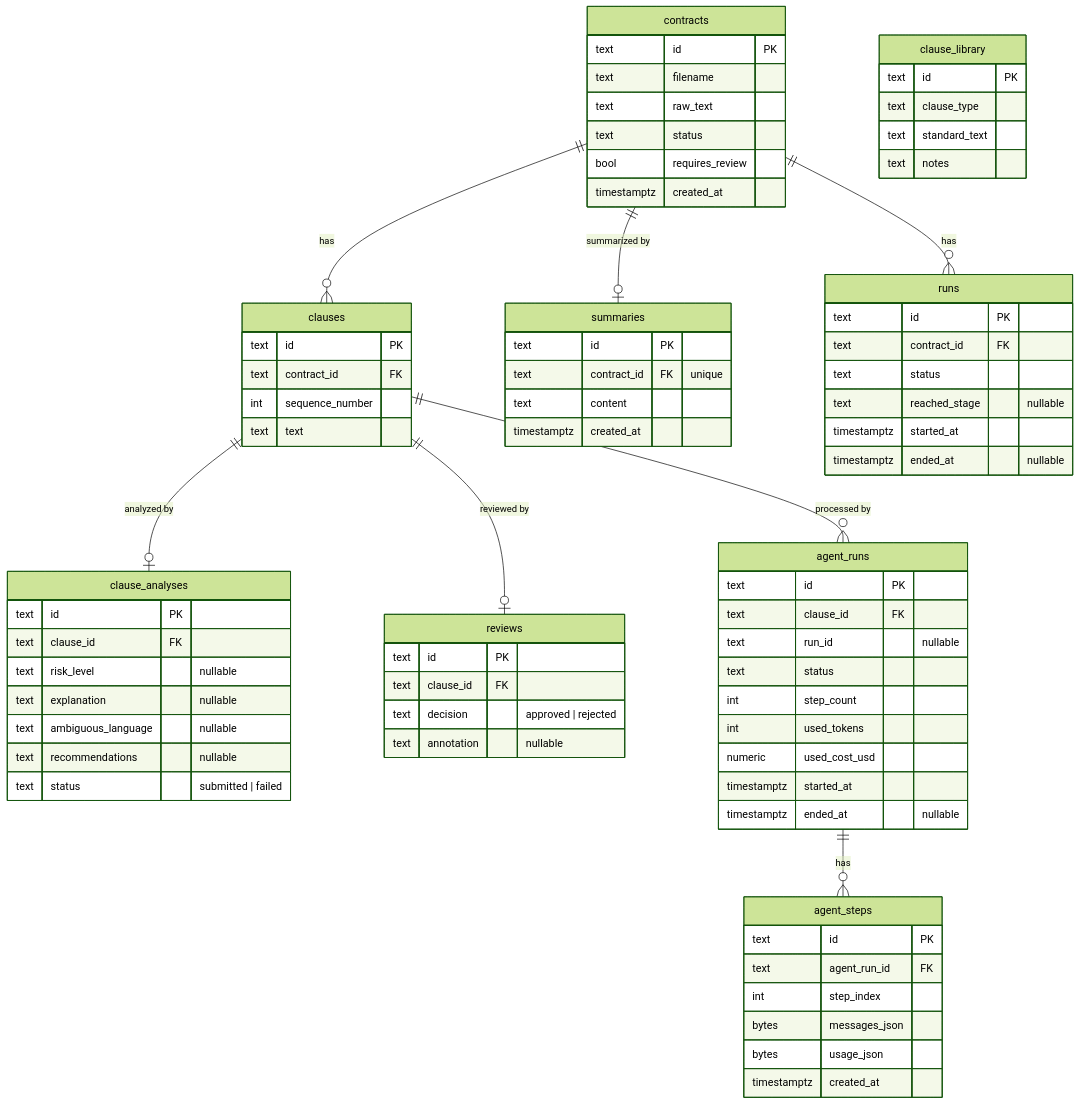
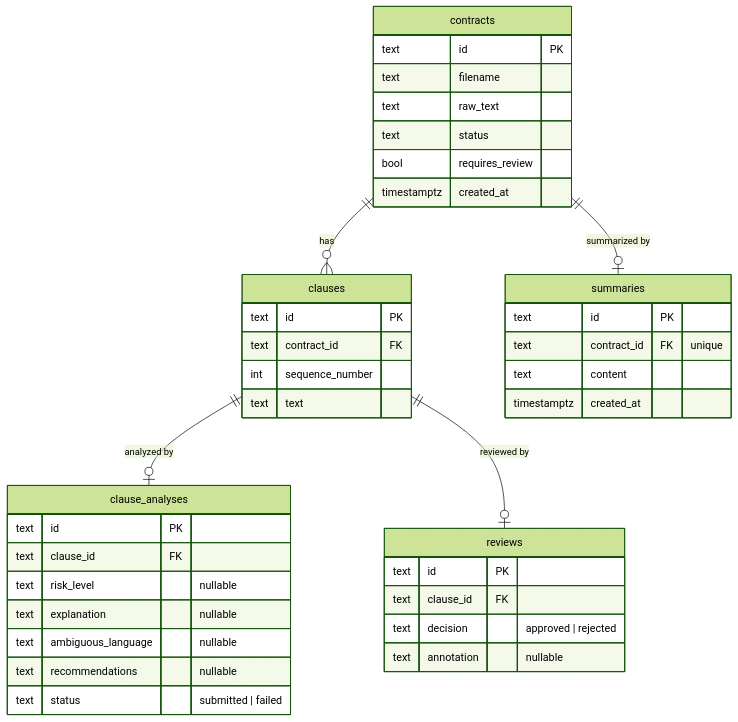
Before and after one commit to mhihasan/contract-review-ai-agent: the first of 2 diagrams in README.md, drawn with Mermaid (forest theme).

Commit message:
docs(readme): split ERD into two diagrams to avoid overlapping lines

````diff
--- a/README.md
+++ b/README.md
@@ -136,48 +138,8 @@
         timestamptz created_at
     }
 
-    runs {
-        text id PK
-        text contract_id FK
-        text status
-        text reached_stage "nullable"
-        timestamptz started_at
-        timestamptz ended_at "nullable"
-    }
-
-    agent_runs {
-        text id PK
-        text clause_id FK
-        text run_id "nullable"
-        text status
-        int step_count
-        int used_tokens
-        numeric used_cost_usd
-        timestamptz started_at
-        timestamptz ended_at "nullable"
-    }
-
-    agent_steps {
-        text id PK
-        text agent_run_id FK
-        int step_index
-        bytes messages_json
-        bytes usage_json
-        timestamptz created_at
-    }
-
-    clause_library {
-        text id PK
-        text clause_type
-        text standard_text
-        text notes
-    }
-
     contracts ||--o{ clauses : "has"
-    contracts ||--o{ runs : "has"
     contracts ||--o| summaries : "summarized by"
     clauses ||--o| clause_analyses : "analyzed by"
     clauses ||--o| reviews : "reviewed by"
-    clauses ||--o{ agent_runs : "processed by"
-    agent_runs ||--o{ agent_steps : "has"
 ```
````
